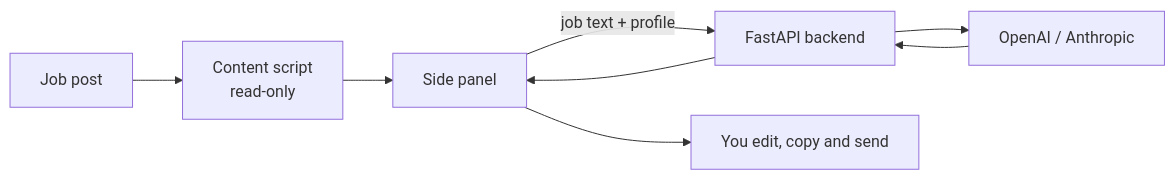
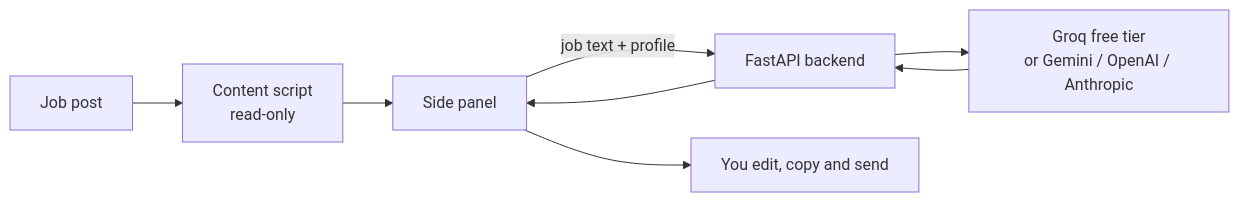
One commit to shayan9689/Browser-extension-for-freelancers changed the diagram in README.md. Above: the diagram before and after it, drawn with Mermaid. The commit also changed other lines of this file and 7 other files, not shown here.

First line of the commit message:
docs: switch to free-only setup with Groq as AI provider

````diff
--- a/README.md
+++ b/README.md
@@ -27,9 +28,9 @@
 ```mermaid
 flowchart LR
   Page[Job post] --> CS[Content script<br/>read-only]
   CS --> Panel[Side panel]
   Panel -->|job text + profile| API[FastAPI backend]
-  API --> LLM[OpenAI / Anthropic]
+  API --> LLM[Groq free tier<br/>or Gemini / OpenAI / Anthropic]
   LLM --> API --> Panel
   Panel --> You[You edit, copy and send]
 ```
````
